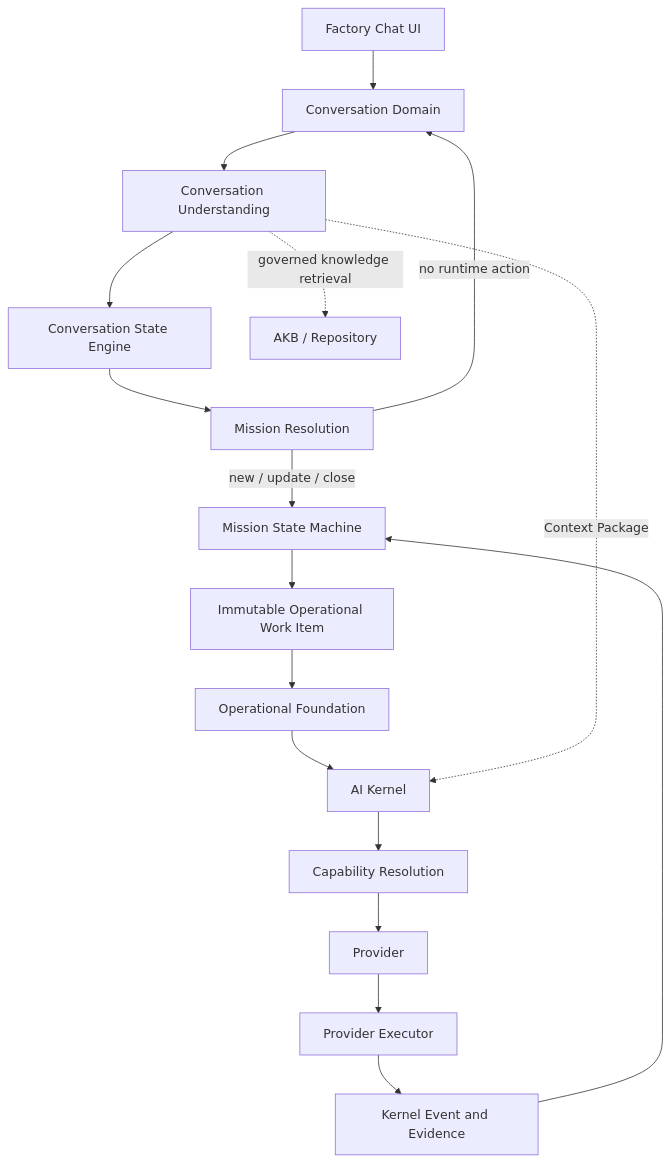
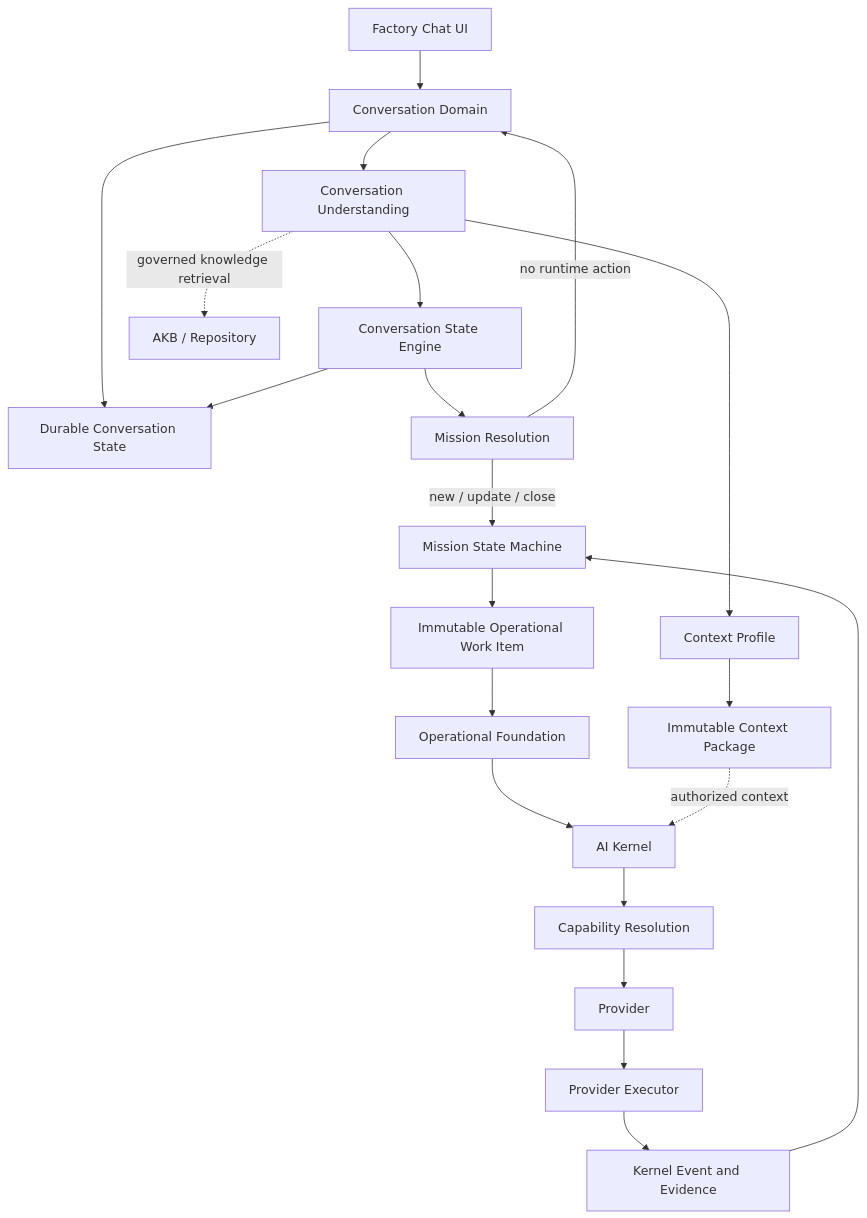
The diagram in docs/architecture/CONVERSATION_TO_MISSION_ARCHITECTURE_CONSTITUTION.md (zsambokia/ai-bridge), drawn with Mermaid before and after one commit. The commit also changed other lines of this file and 28 other files, not shown here.

````diff
--- a/docs/architecture/CONVERSATION_TO_MISSION_ARCHITECTURE_CONSTITUTION.md
+++ b/docs/architecture/CONVERSATION_TO_MISSION_ARCHITECTURE_CONSTITUTION.md
@@ -205,19 +201,23 @@
 ```mermaid
 flowchart TD
     UI[Factory Chat UI] --> C[Conversation Domain]
     C --> U[Conversation Understanding]
+    C --> CS[Durable Conversation State]
     U --> CSE[Conversation State Engine]
+    CSE --> CS
     CSE --> MR[Mission Resolution]
     MR -->|new / update / close| MSM[Mission State Machine]
     MR -->|no runtime action| C
     MSM --> OWI[Immutable Operational Work Item]
     OWI --> OF[Operational Foundation]
     OF --> K[AI Kernel]
     K --> CR[Capability Resolution]
     CR --> P[Provider]
     P --> PE[Provider Executor]
-    U -. Context Package .-> K
+    U --> CP[Context Profile]
+    CP --> PKG[Immutable Context Package]
+    PKG -. authorized context .-> K
     U -. governed knowledge retrieval .-> AKB[AKB / Repository]
     PE --> KE[Kernel Event and Evidence]
     KE --> MSM
 ```
````
